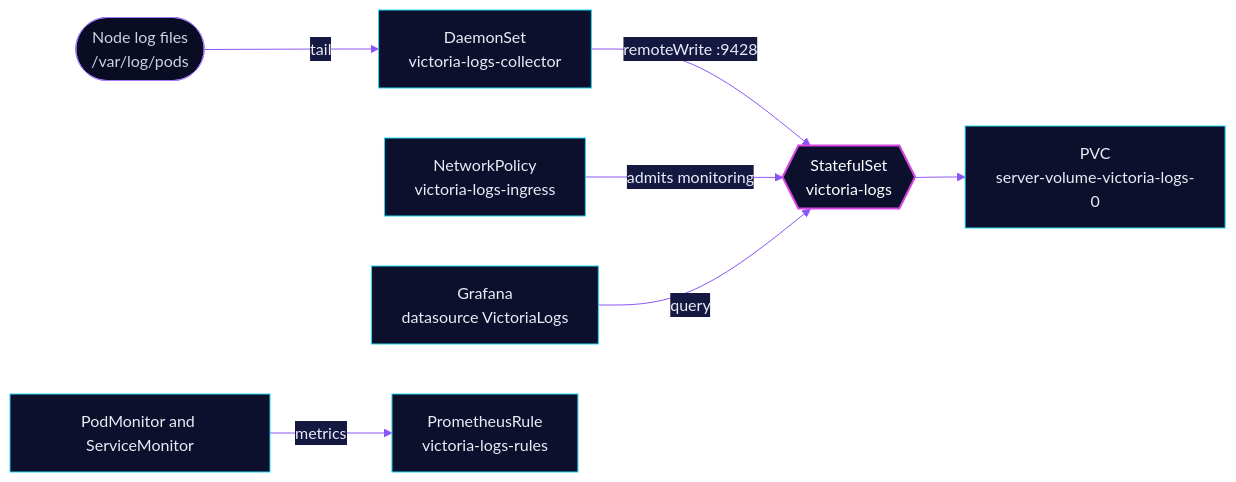
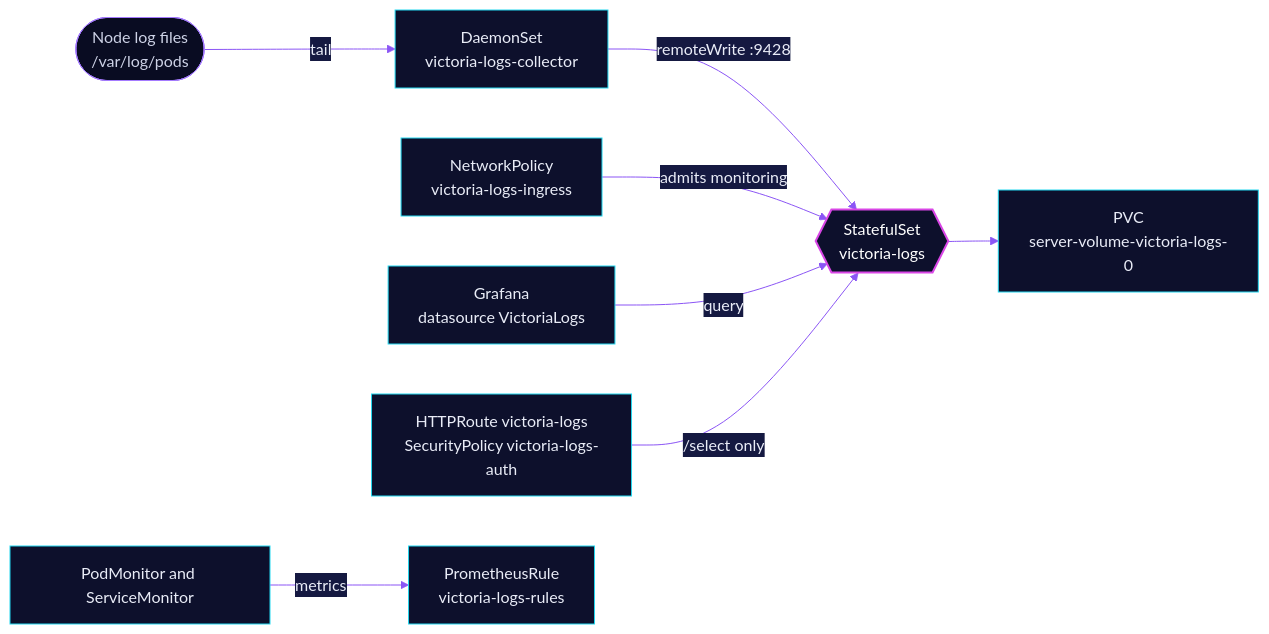
One commit to skrumbach/home-ops changed the diagram in kubernetes/apps/base/monitoring/victoria-logs/README.md. Above: the diagram before and after it, drawn with Mermaid. The commit also changed other lines of this file and 6 other files, not shown here.

Commit message:
feat(victoria-logs): serve vmui read-only behind Pocket ID, link it on Homepage

````diff
--- a/kubernetes/apps/base/monitoring/victoria-logs/README.md
+++ b/kubernetes/apps/base/monitoring/victoria-logs/README.md
@@ -38,14 +40,15 @@
 ```mermaid
 %%{init: {'theme':'base','themeVariables':{'primaryColor':'#0D102C','primaryTextColor':'#E9ECF7','primaryBorderColor':'#22D8F0','lineColor':'#8B55F5','secondaryColor':'#151941','tertiaryColor':'#090C22','edgeLabelBackground':'#151941'}}}%%
 flowchart LR
   node(["Node log files<br/>/var/log/pods"]) -->|tail| col["DaemonSet<br/>victoria-logs-collector"]
   col -->|remoteWrite :9428| srv{{"StatefulSet<br/>victoria-logs"}}
   np["NetworkPolicy<br/>victoria-logs-ingress"] -->|admits monitoring| srv
   srv --> pvc["PVC<br/>server-volume-victoria-logs-0"]
   graf["Grafana<br/>datasource VictoriaLogs"] -->|query| srv
+  rt["HTTPRoute victoria-logs<br/>SecurityPolicy victoria-logs-auth"] -->|/select only| srv
   pm["PodMonitor and ServiceMonitor"] -->|metrics| pr["PrometheusRule<br/>victoria-logs-rules"]
   classDef accent fill:#0D102C,stroke:#D946E6,stroke-width:2px,color:#FFFFFF
   classDef ext fill:#090C22,stroke:#A57BFF,color:#CDD2E6
   class srv accent
   class node ext
 ```
````
